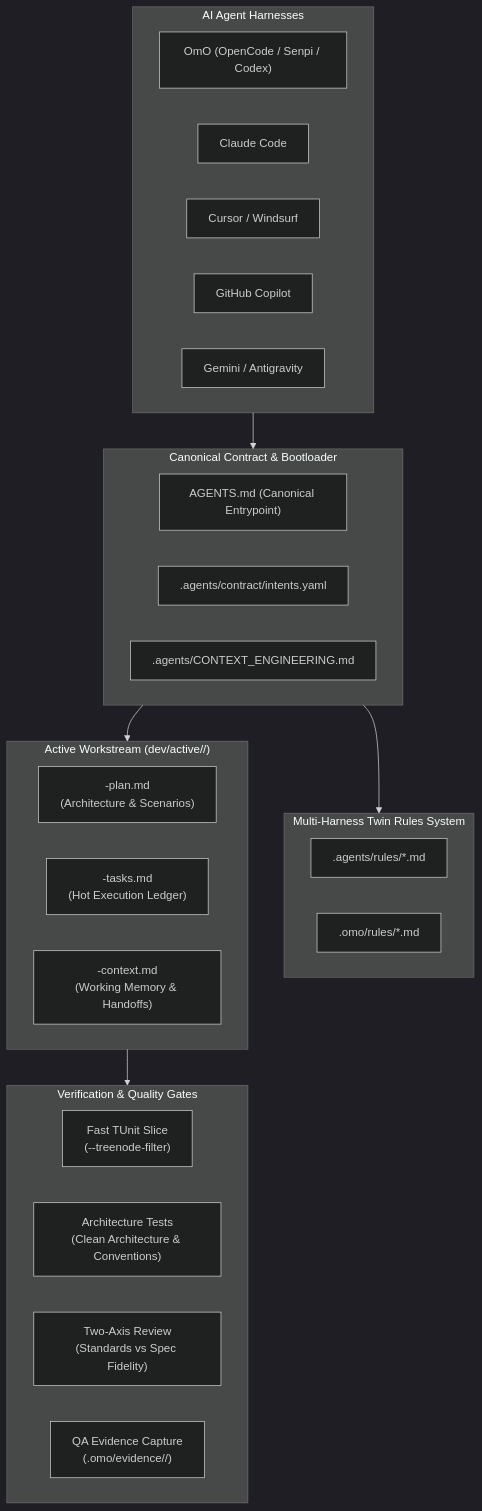
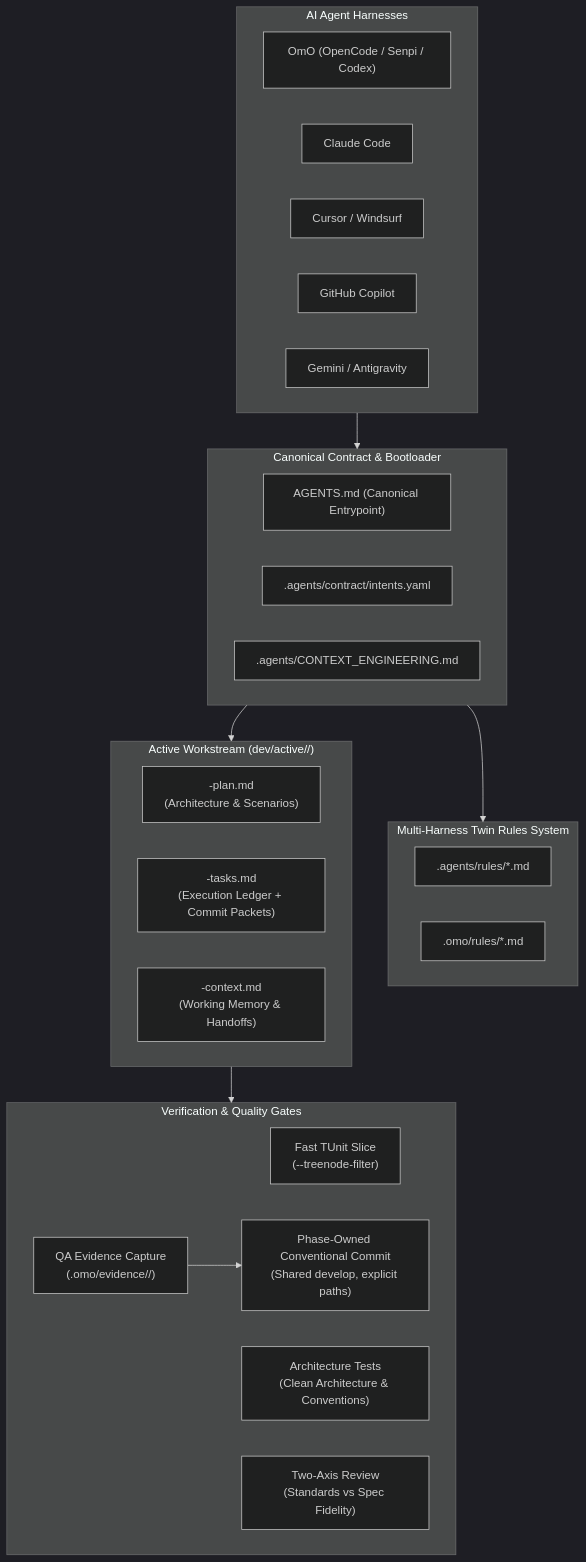
The first of 8 diagrams in docs/AGENTIC_CONTEXT_ENGINEERING.md (islamu-ngo/Explore), drawn with Mermaid (dark theme) before and after one commit. The commit also changed other lines of this file and 19 other files, not shown here.

First line of the commit message:
build(architecture): define executable agent workstream contracts

````diff
--- a/docs/AGENTIC_CONTEXT_ENGINEERING.md
+++ b/docs/AGENTIC_CONTEXT_ENGINEERING.md
@@ -26,39 +27,41 @@
 ```mermaid
 flowchart TB
     subgraph Harnesses["AI Agent Harnesses"]
         OmO["OmO (OpenCode / Senpi / Codex)"]
         Claude["Claude Code"]
         Cursor["Cursor / Windsurf"]
         Copilot["GitHub Copilot"]
         Gemini["Gemini / Antigravity"]
     end
 
     subgraph CoreContract["Canonical Contract & Bootloader"]
         AgentsMD["AGENTS.md (Canonical Entrypoint)"]
         IntentsYaml[".agents/contract/intents.yaml"]
         ContextEng[".agents/CONTEXT_ENGINEERING.md"]
     end
 
     subgraph TwinRules["Multi-Harness Twin Rules System"]
         AgentRules[".agents/rules/*.md"]
         OmoRules[".omo/rules/*.md"]
     end
 
     subgraph DevDocTriad["Active Workstream (dev/active/<task>/)"]
         PlanMD["<task>-plan.md\n(Architecture & Scenarios)"]
-        TasksMD["<task>-tasks.md\n(Hot Execution Ledger)"]
+        TasksMD["<task>-tasks.md\n(Execution Ledger + Commit Packets)"]
         ContextMD["<task>-context.md\n(Working Memory & Handoffs)"]
     end
 
     subgraph Verification["Verification & Quality Gates"]
         TUnitFilter["Fast TUnit Slice\n(--treenode-filter)"]
         ArchTests["Architecture Tests\n(Clean Architecture & Conventions)"]
         TwoAxisReview["Two-Axis Review\n(Standards vs Spec Fidelity)"]
         EvidenceGate["QA Evidence Capture\n(.omo/evidence/<task>/)"]
+        PhaseCommit["Phase-Owned Conventional Commit\n(Shared develop, explicit paths)"]
     end
 
     Harnesses --> CoreContract
     CoreContract --> TwinRules
     CoreContract --> DevDocTriad
     DevDocTriad --> Verification
+    EvidenceGate --> PhaseCommit
 ```
````
